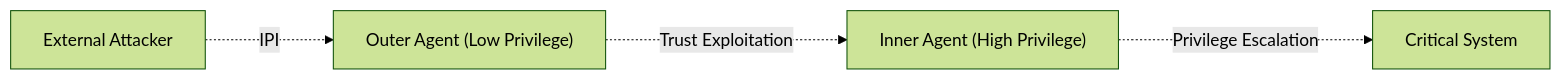
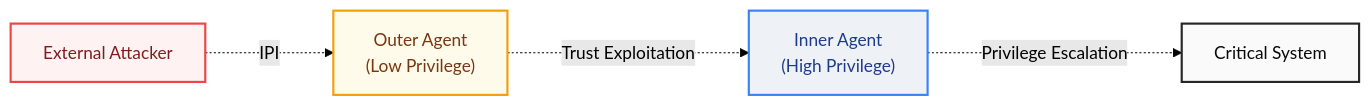
One commit to yusufarbc/yusufarbc changed the third of 3 diagrams in website/content/agentic-ai-protocols-security-vulnerabilities/en.md. Above: the diagram before and after it, drawn with Mermaid (forest theme). The commit also changed other lines of this file and 1 other file, not shown here.

````diff
--- a/website/content/agentic-ai-protocols-security-vulnerabilities/en.md
+++ b/website/content/agentic-ai-protocols-security-vulnerabilities/en.md
@@ -358,6 +451,17 @@
 ```mermaid
 graph LR
-    A["External Attacker"] -..->|IPI| B["Outer Agent (Low Privilege)"]
-    B -..->|Trust Exploitation| C["Inner Agent (High Privilege)"]
+    %% Style Definitions
+    classDef threat fill:#fef2f2,stroke:#ef4444,stroke-width:2px,color:#7f1d1d;
+    classDef lowPriv fill:#fffbeb,stroke:#f59e0b,stroke-width:2px,color:#78350f;
+    classDef highPriv fill:#eef2f7,stroke:#3b82f6,stroke-width:2px,color:#1e3a8a;
+    classDef critical fill:#fafafa,stroke:#27272a,stroke-width:2px,color:#09090b;
+
+    A["External Attacker"] -..->|IPI| B["Outer Agent <br>(Low Privilege)"]
+    B -..->|Trust Exploitation| C["Inner Agent <br>(High Privilege)"]
     C -..->|Privilege Escalation| D["Critical System"]
+
+    class A threat;
+    class B lowPriv;
+    class C highPriv;
+    class D critical;
 ```
````
